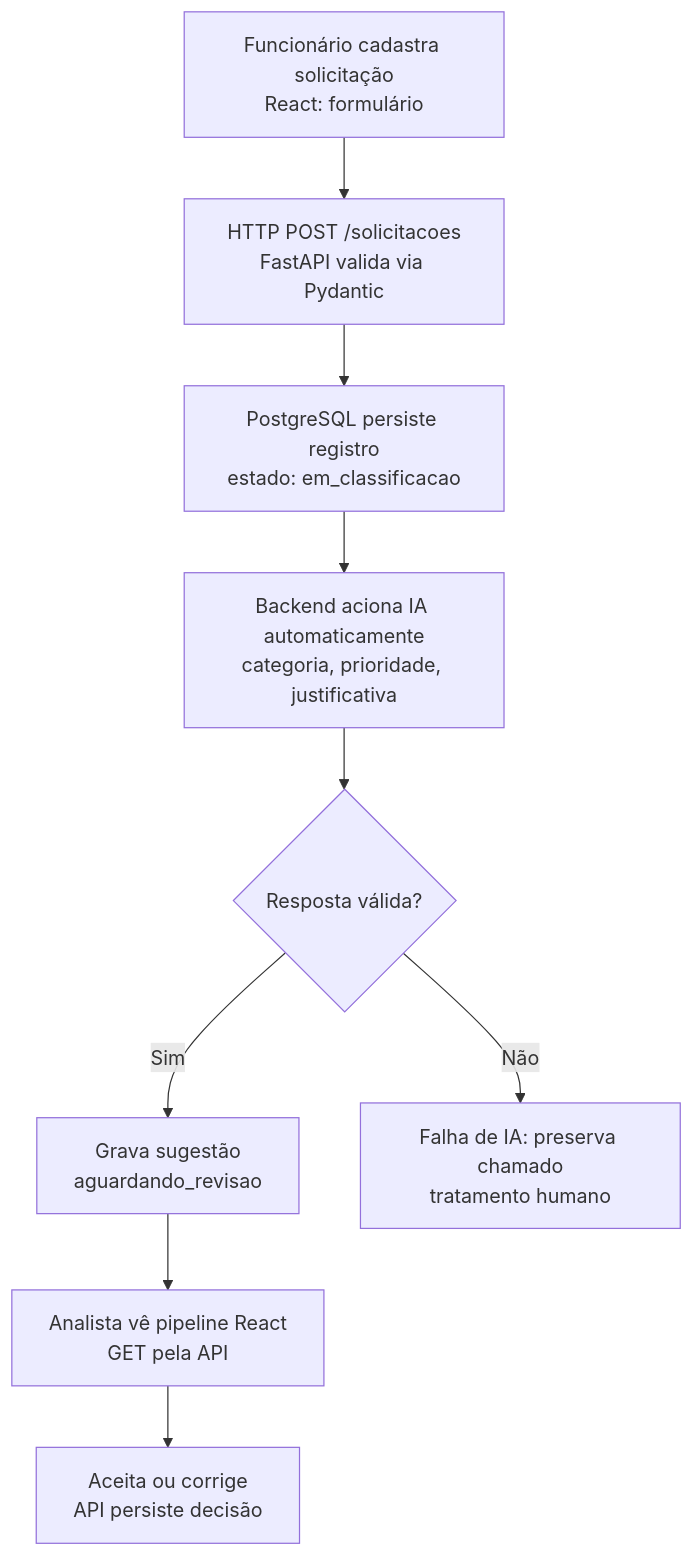
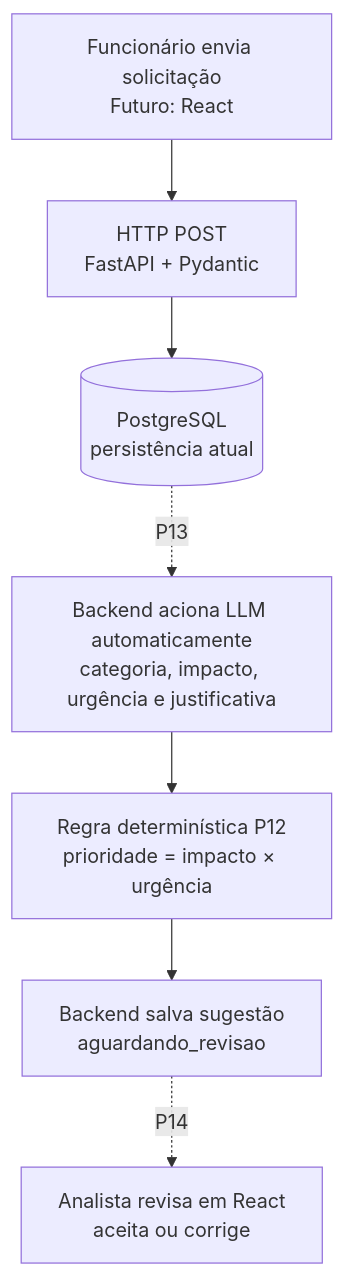
The diagram in docs/PLANO_DE_ESTUDOS_E_DICAS.md (waldirevora/ai-request-classifier), drawn with Mermaid before and after one commit. The commit also changed other lines of this file and 4 other files, not shown here.

````diff
--- a/docs/PLANO_DE_ESTUDOS_E_DICAS.md
+++ b/docs/PLANO_DE_ESTUDOS_E_DICAS.md
@@ -14,15 +14,9 @@
 ```mermaid
 flowchart TD
-    A["Funcionário cadastra solicitação<br/>React: formulário"]
-    B["HTTP POST /solicitacoes<br/>FastAPI valida via Pydantic"]
-    C["PostgreSQL persiste registro<br/>estado: em_classificacao"]
-    D["Backend aciona IA automaticamente<br/>categoria, prioridade, justificativa"]
-    E{Resposta válida?}
-    F["Grava sugestão<br/>aguardando_revisao"]
-    G["Analista vê pipeline React<br/>GET pela API"]
-    H["Aceita ou corrige<br/>API persiste decisão"]
-    I["Falha de IA: preserva chamado<br/>tratamento humano"]
-    A --> B --> C --> D --> E
-    E -->|Sim| F --> G --> H
-    E -->|Não| I
+    A["Funcionário envia solicitação<br/>Futuro: React"] --> B["HTTP POST<br/>FastAPI + Pydantic"]
+    B --> C[("PostgreSQL<br/>persistência atual")]
+    C -. "P13" .-> D["Backend aciona LLM automaticamente<br/>categoria, impacto, urgência e justificativa"]
+    D --> E["Regra determinística P12<br/>prioridade = impacto × urgência"]
+    E --> F["Backend salva sugestão<br/>aguardando_revisao"]
+    F -. "P14" .-> G["Analista revisa em React<br/>aceita ou corrige"]
 ```
````
